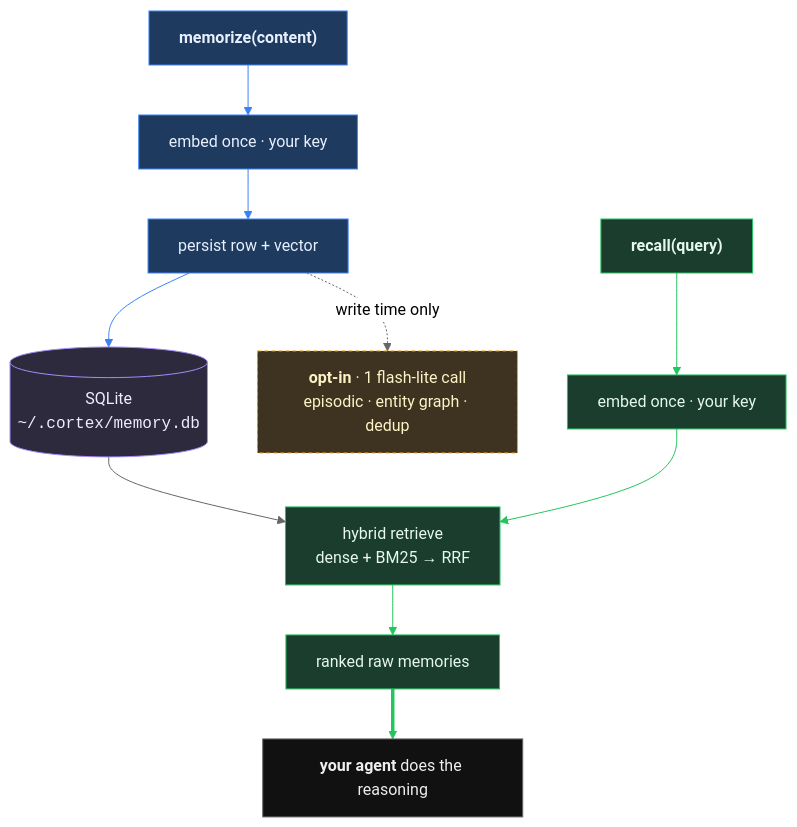
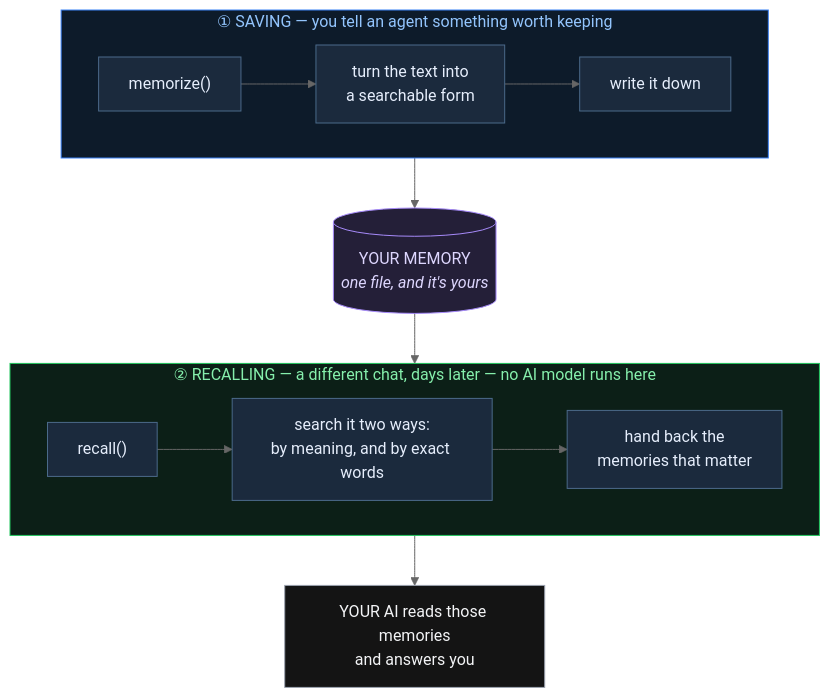
Before and after one commit to fernsdavid25/cortex-protocol: the first of 2 diagrams in README.md, drawn with Mermaid (neutral theme). The commit also changed other lines of this file and 5 other files, not shown here.

````diff
--- a/README.md
+++ b/README.md
@@ -34,29 +278,26 @@
 ```mermaid
 flowchart TB
-    classDef write fill:#1e3a5f,stroke:#3b82f6,stroke-width:1px,color:#e8f0fe
-    classDef read fill:#1a3d2e,stroke:#22c55e,stroke-width:1px,color:#e6f7ee
-    classDef store fill:#2d2a3e,stroke:#a78bfa,stroke-width:1px,color:#f0ecff
-    classDef optin fill:#3d3320,stroke:#f59e0b,stroke-width:1px,stroke-dasharray:4 3,color:#fef3c7
-    classDef agent fill:#111,stroke:#666,stroke-width:1px,color:#eee
+    subgraph W["① SAVING &mdash; you tell an agent something worth keeping"]
+        direction LR
+        W1["memorize()"] --> W2["turn the text into<br/>a searchable form"] --> W3["write it down"]
+    end
 
-    W0["<b>memorize(content)</b>"]:::write
-    W1["embed once · your key"]:::write
-    W2["persist row + vector"]:::write
-    WX["<b>opt-in</b> · 1 flash-lite call<br/>episodic · entity graph · dedup"]:::optin
+    DB[("YOUR MEMORY<br/><i>one file, and it's yours</i>")]
 
-    DB[("SQLite<br/><code>~/.cortex/memory.db</code>")]:::store
+    subgraph R["② RECALLING &mdash; a different chat, days later &mdash; no AI model runs here"]
+        direction LR
+        R1["recall()"] --> R2["search it two ways:<br/>by meaning, and by exact words"] --> R3["hand back the<br/>memories that matter"]
+    end
 
-    R0["<b>recall(query)</b>"]:::read
-    R1["embed once · your key"]:::read
-    R2["hybrid retrieve<br/>dense + BM25 → RRF"]:::read
-    R3["ranked raw memories"]:::read
-    AG["<b>your agent</b> does the reasoning"]:::agent
+    A["YOUR AI reads those memories<br/>and answers you"]
 
-    W0 --> W1 --> W2 --> DB
-    W2 -.->|"write time only"| WX
-    R0 --> R1 --> R2 --> R3 ==> AG
-    DB --> R2
+    W3 --> DB --> R2
+    R3 --> A
 
-    linkStyle 0,1,2 stroke:#3b82f6
-    linkStyle 4,5,6,7 stroke:#22c55e
+    classDef step fill:#1b2a3d,stroke:#4b6a8a,color:#e6eefc
+    class W1,W2,W3,R1,R2,R3 step
+    style W fill:#0d1b2a,stroke:#3b82f6,color:#93c5fd
+    style R fill:#0c1f17,stroke:#22c55e,color:#86efac
+    style DB fill:#241f38,stroke:#a78bfa,color:#ddd6fe
+    style A fill:#141414,stroke:#9ca3af,color:#f3f4f6
 ```
````
